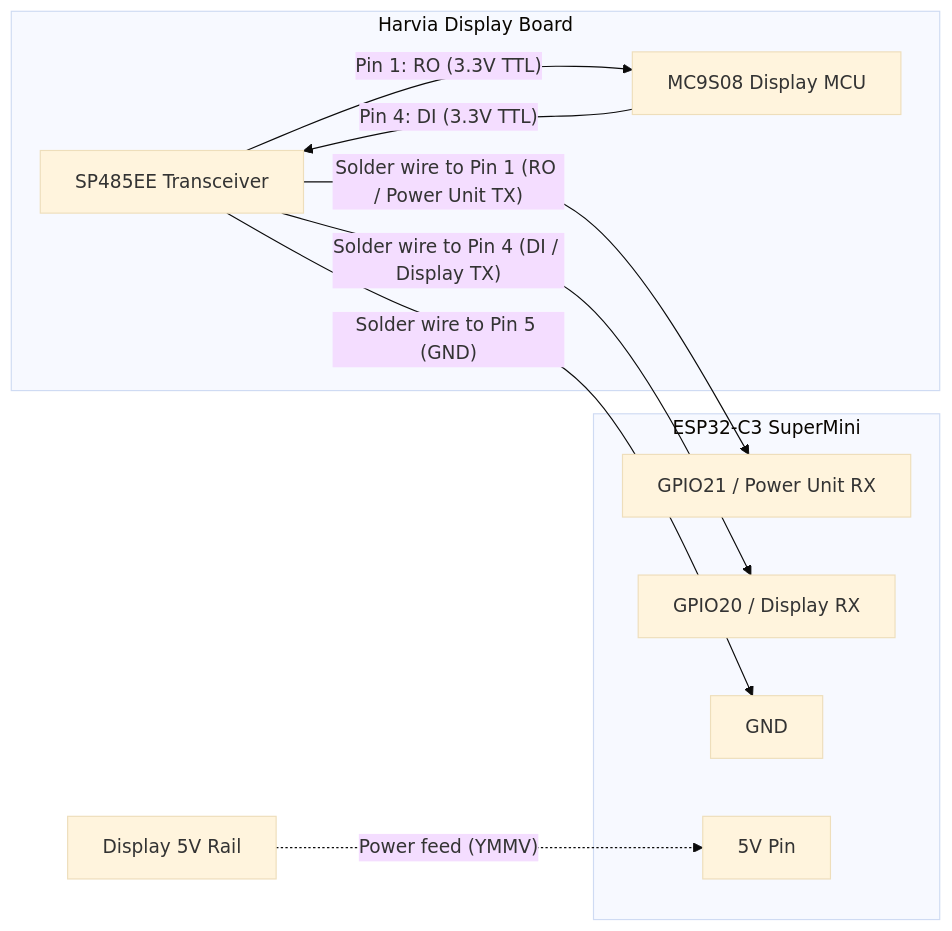
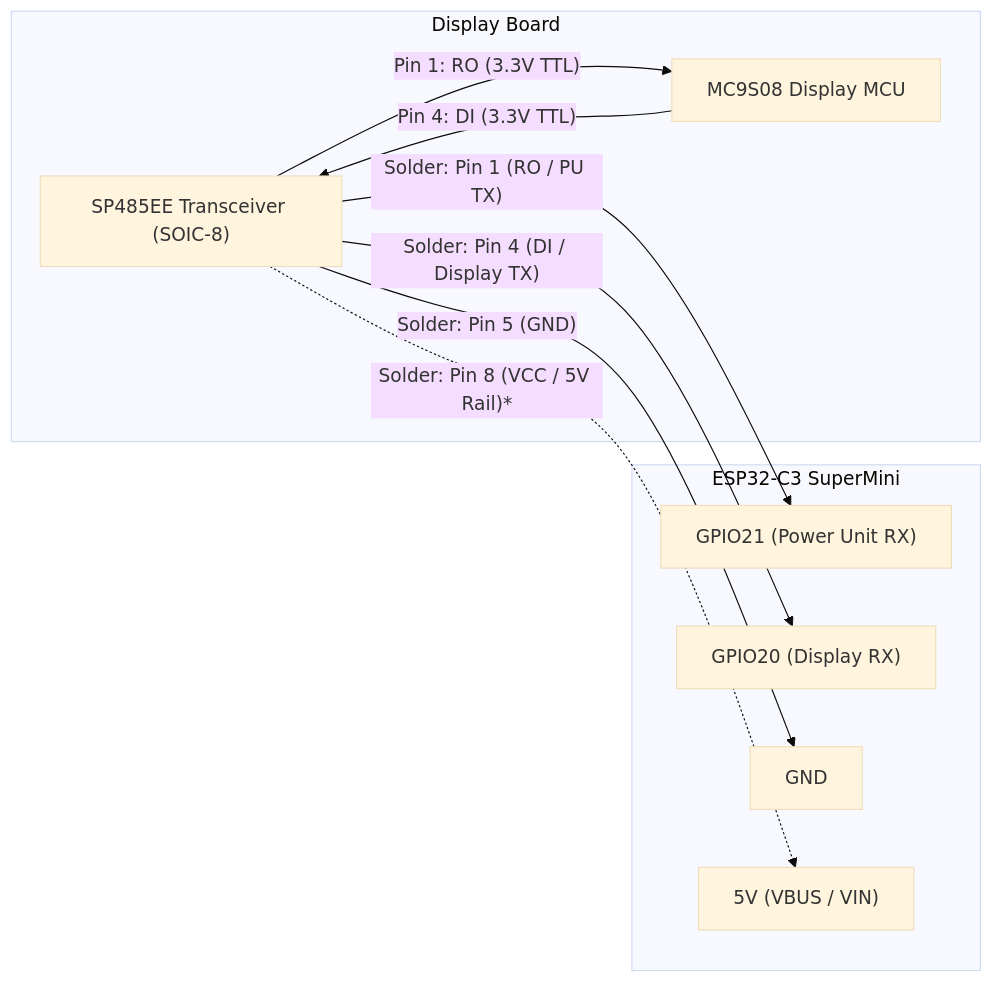
One commit to Nornode/ESPhome-Harvia-Griffin-CG170 changed the diagram in README.md. Above: the diagram before and after it, drawn with Mermaid (base theme). The commit also changed other lines of this file, not shown here.

Commit message:
docs: add 5V power tap from SP485EE pin 8 to wiring diagram with link to YMMV note

````diff
--- a/README.md
+++ b/README.md
@@ -129,21 +129,21 @@
 ```mermaid
 flowchart LR
-    subgraph Harvia Display Board
-        SP[SP485EE Transceiver]
-        MCU[MC9S08 Display MCU]
+    subgraph Display Board
+        SP["SP485EE Transceiver (SOIC-8)"]
+        MCU["MC9S08 Display MCU"]
         SP -- Pin 1: RO (3.3V TTL) --> MCU
         MCU -- Pin 4: DI (3.3V TTL) --> SP
     end
 
     subgraph ESP32-C3 SuperMini
-        G21[GPIO21 / Power Unit RX]
-        G20[GPIO20 / Display RX]
-        GND[GND]
-        V5[5V Pin]
+        G21["GPIO21 (Power Unit RX)"]
+        G20["GPIO20 (Display RX)"]
+        GND["GND"]
+        V5["5V (VBUS / VIN)"]
     end
 
-    SP -- "Solder wire to Pin 1 (RO / Power Unit TX)" --> G21
-    SP -- "Solder wire to Pin 4 (DI / Display TX)" --> G20
-    SP -- "Solder wire to Pin 5 (GND)" --> GND
-    PWR[Display 5V Rail] -. "Power feed (YMMV)" .-> V5
+    SP -- "Solder: Pin 1 (RO / PU TX)" --> G21
+    SP -- "Solder: Pin 4 (DI / Display TX)" --> G20
+    SP -- "Solder: Pin 5 (GND)" --> GND
+    SP -. "Solder: Pin 8 (VCC / 5V Rail)*" .-> V5
 ```
````
